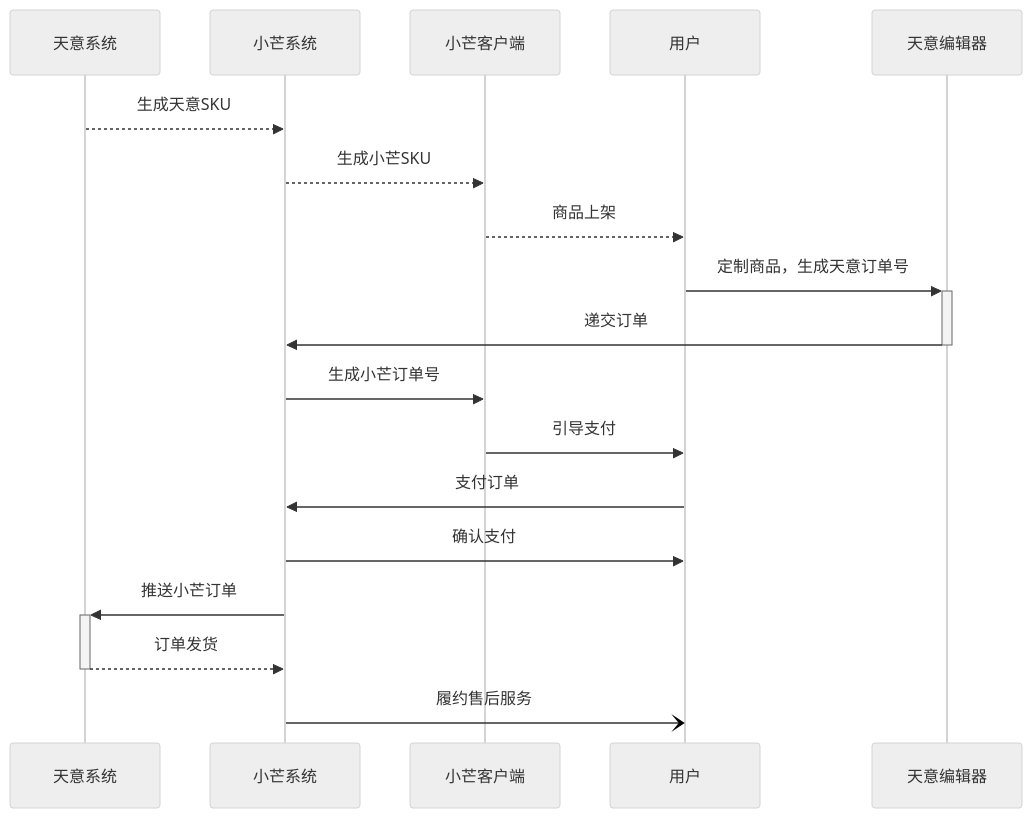
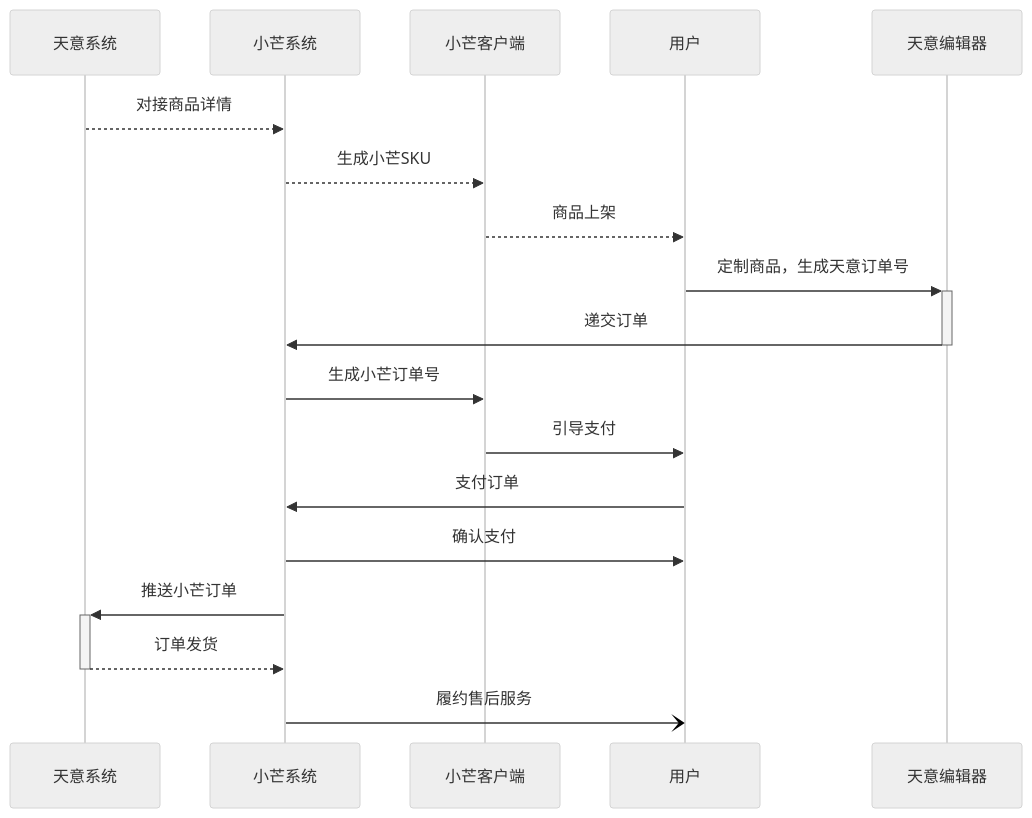
The diagram in prd/创新商品工具/创新商品工具20260618天意定制周边解决方案/innovative_product_tool_tianyi_prd/v1.0/prd_md/prd_v1.0.md (CheneyLin/cheneylin.github.io), drawn with Mermaid (neutral theme) before and after one commit. The commit also changed other lines of this file and 1 other file, not shown here.

````diff
--- a/prd/创新商品工具/创新商品工具20260618天意定制周边解决方案/innovative_product_tool_tianyi_prd/v1.0/prd_md/prd_v1.0.md
+++ b/prd/创新商品工具/创新商品工具20260618天意定制周边解决方案/innovative_product_tool_tianyi_prd/v1.0/prd_md/prd_v1.0.md
@@ -114,21 +124,21 @@
 ```mermaid
 sequenceDiagram
   participant 天意系统
   participant 小芒系统
   participant 小芒客户端
   participant 用户
   participant 天意编辑器
   
-  天意系统-->>小芒系统: 生成天意SKU
+  天意系统-->>小芒系统: 对接商品详情
   小芒系统-->>小芒客户端: 生成小芒SKU 
   小芒客户端-->>用户: 商品上架
   用户->>+天意编辑器: 定制商品，生成天意订单号
   天意编辑器->>-小芒系统: 递交订单
   小芒系统->>小芒客户端: 生成小芒订单号
   小芒客户端->>用户: 引导支付
   用户->>小芒系统: 支付订单
   小芒系统->>用户: 确认支付
   小芒系统->>+天意系统: 推送小芒订单
   天意系统-->>-小芒系统: 订单发货
   小芒系统-)用户: 履约售后服务
 ```
````
